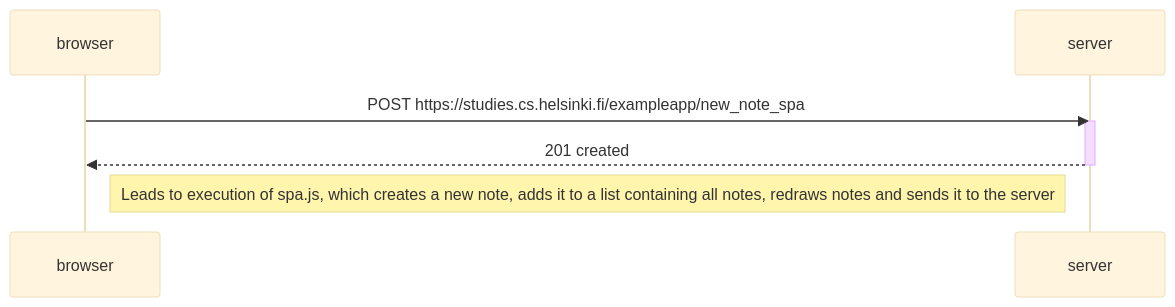
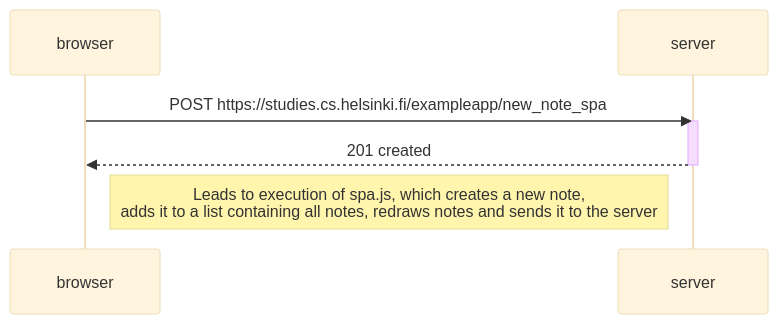
The diagram in part_0/0.6.md (smannist/full_stack_open), drawn with Mermaid (base theme) before and after one commit.

Commit message:
Linebreak

````diff
--- a/part_0/0.6.md
+++ b/part_0/0.6.md
@@ -1,14 +1,14 @@
 ```mermaid
 
 sequenceDiagram
     participant browser
     participant server
 
     browser->>server: POST https://studies.cs.helsinki.fi/exampleapp/new_note_spa
     activate server
     server-->>browser: 201 created
     deactivate server
 
-    Note right of browser: Leads to execution of spa.js, which creates a new note, adds it to a list containing all notes, redraws notes and sends it to the server
+    Note right of browser: Leads to execution of spa.js, which creates a new note, <br> adds it to a list containing all notes, redraws notes and sends it to the server
 
 ```
````
